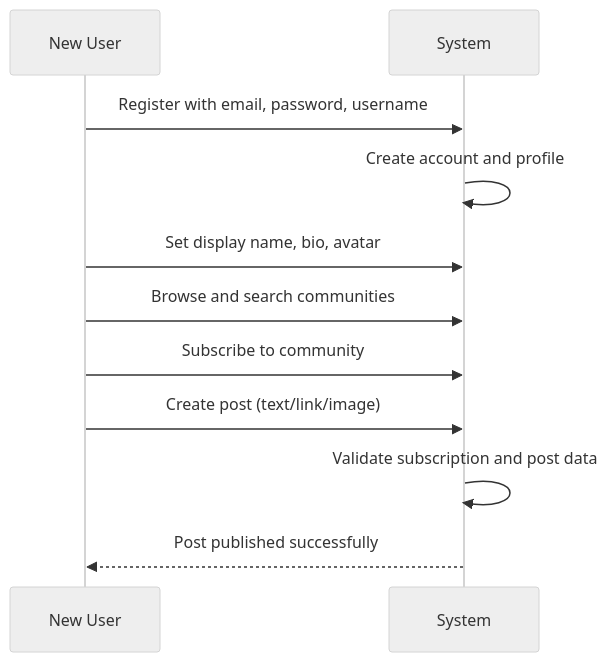
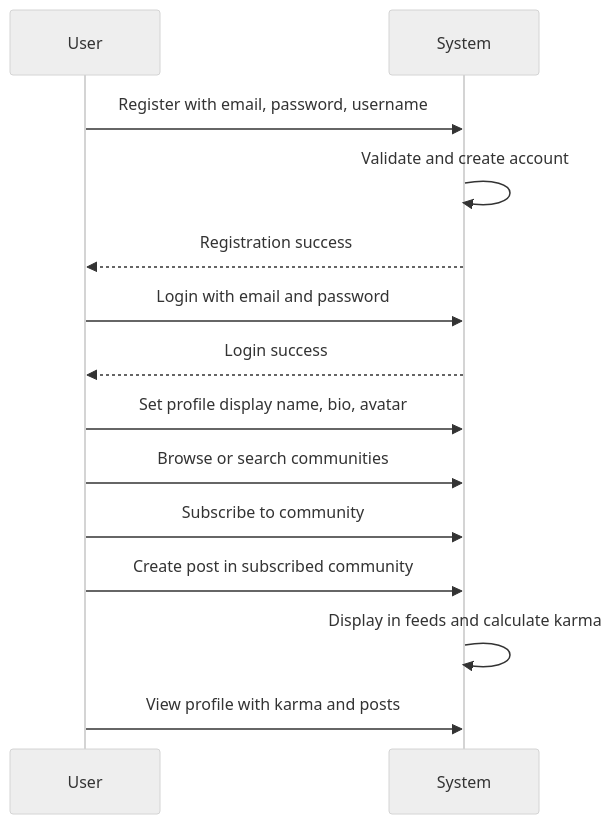
One commit to wrtnlabs/autobe-examples changed the first of 4 diagrams in qwen/qwen3.5-397b-a17b/reddit/docs/analysis/03-functional-requirements.md. Above: the diagram before and after it, drawn with Mermaid (neutral theme). The commit also changed other lines of this file and 32093 other files, not shown here.

````diff
--- a/qwen/qwen3.5-397b-a17b/reddit/docs/analysis/03-functional-requirements.md
+++ b/qwen/qwen3.5-397b-a17b/reddit/docs/analysis/03-functional-requirements.md
@@ -548,13 +654,16 @@
 ```mermaid
 sequenceDiagram
-    participant U as New User
+    participant U as User
     participant S as System
     U->>S: Register with email, password, username
-    S->>S: Create account and profile
-    U->>S: Set display name, bio, avatar
-    U->>S: Browse and search communities
+    S->>S: Validate and create account
+    S-->>U: Registration success
+    U->>S: Login with email and password
+    S-->>U: Login success
+    U->>S: Set profile display name, bio, avatar
+    U->>S: Browse or search communities
     U->>S: Subscribe to community
-    U->>S: Create post (text/link/image)
-    S->>S: Validate subscription and post data
-    S-->>U: Post published successfully
+    U->>S: Create post in subscribed community
+    S->>S: Display in feeds and calculate karma
+    U->>S: View profile with karma and posts
 ```
````
